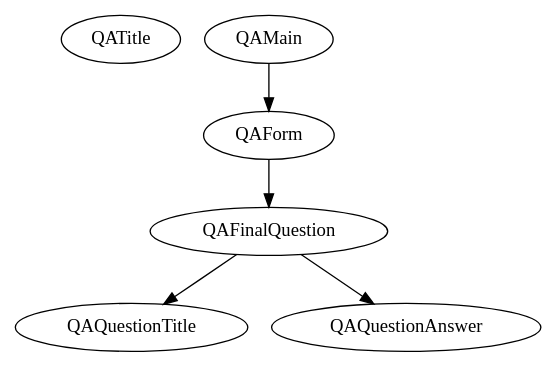
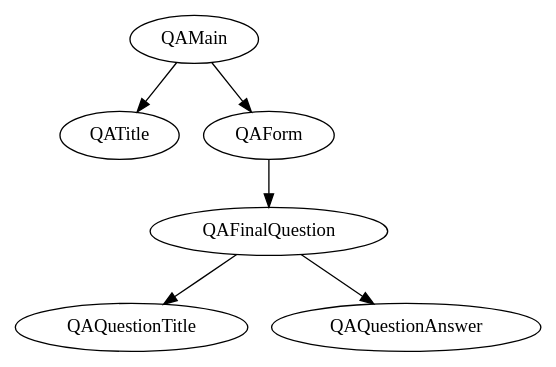
Before and after one commit to itshugota/hmca: the diagram in client/src/resources/components/QuestionArea/QuestionAdding/QAHierachy.dot, drawn with Graphviz. The commit also changed 50 other files, not shown here.

```diff
--- a/client/src/resources/components/QuestionArea/QuestionAdding/QAHierachy.dot
+++ b/client/src/resources/components/QuestionArea/QuestionAdding/QAHierachy.dot
@@ -1,6 +1,6 @@
 digraph QAHierachy {
-    QATitle;
+    QAMain -> QATitle;
     QAMain -> QAForm -> QAFinalQuestion;
     QAFinalQuestion -> QAQuestionTitle;
     QAFinalQuestion -> QAQuestionAnswer;
 }
```
